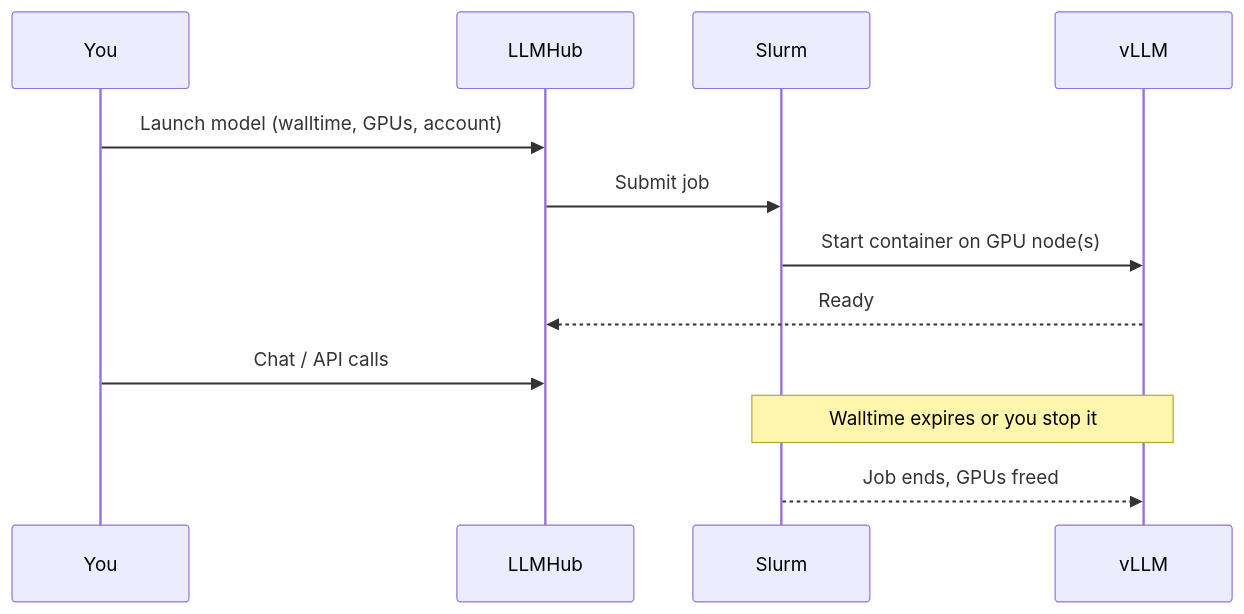
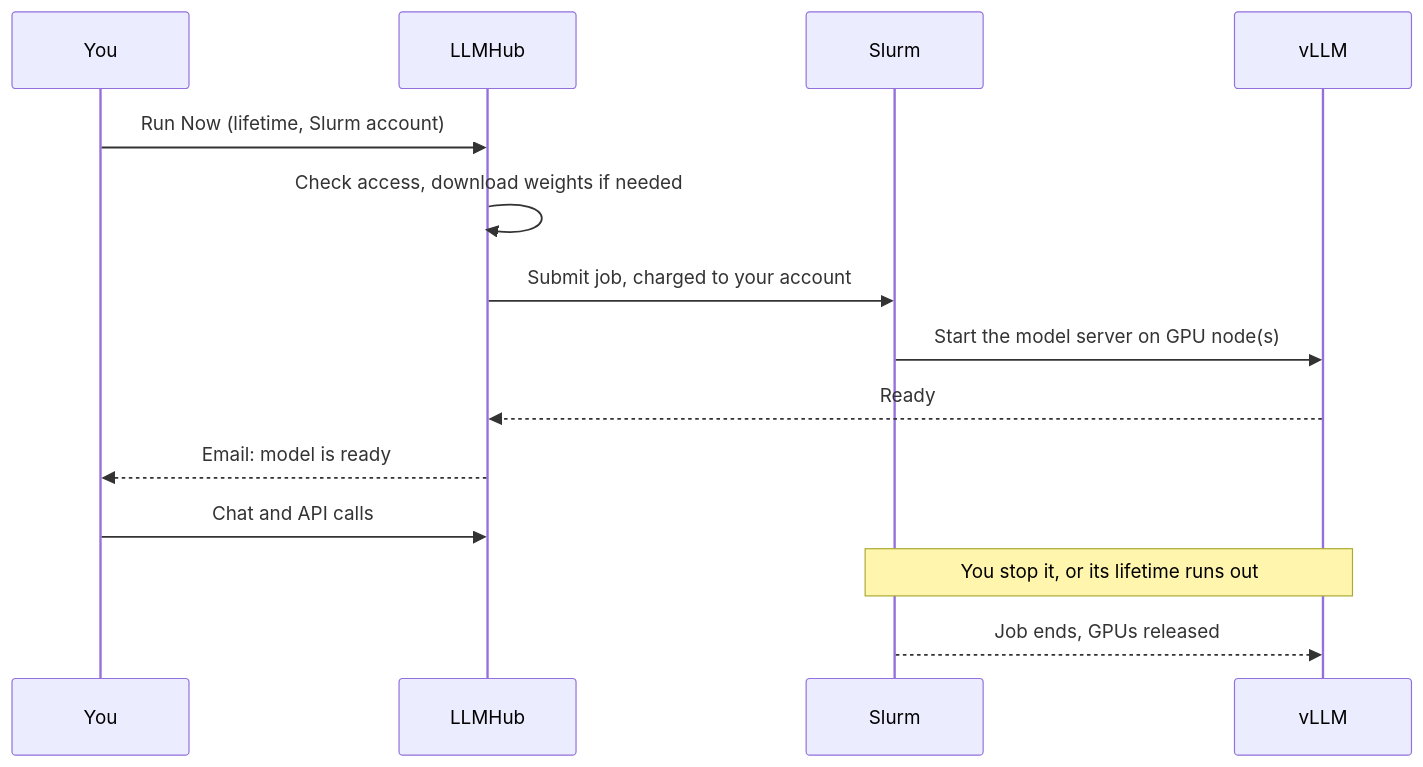
The diagram in docs/deploying/index.md (Center-for-AI-Innovation/LLMHub), drawn with Mermaid before and after one commit. The commit also changed other lines of this file and 9 other files, not shown here.

````diff
--- a/docs/deploying/index.md
+++ b/docs/deploying/index.md
@@ -7,15 +7,17 @@
 ```mermaid
 sequenceDiagram
     participant You
     participant LLMHub
     participant Slurm
     participant vLLM
 
-    You->>LLMHub: Launch model (walltime, GPUs, account)
-    LLMHub->>Slurm: Submit job
-    Slurm->>vLLM: Start container on GPU node(s)
+    You->>LLMHub: Run Now (lifetime, Slurm account)
+    LLMHub->>LLMHub: Check access, download weights if needed
+    LLMHub->>Slurm: Submit job, charged to your account
+    Slurm->>vLLM: Start the model server on GPU node(s)
     vLLM-->>LLMHub: Ready
-    You->>LLMHub: Chat / API calls
-    Note over Slurm,vLLM: Walltime expires or you stop it
-    Slurm-->>vLLM: Job ends, GPUs freed
+    LLMHub-->>You: Email: model is ready
+    You->>LLMHub: Chat and API calls
+    Note over Slurm,vLLM: You stop it, or its lifetime runs out
+    Slurm-->>vLLM: Job ends, GPUs released
 ```
````
